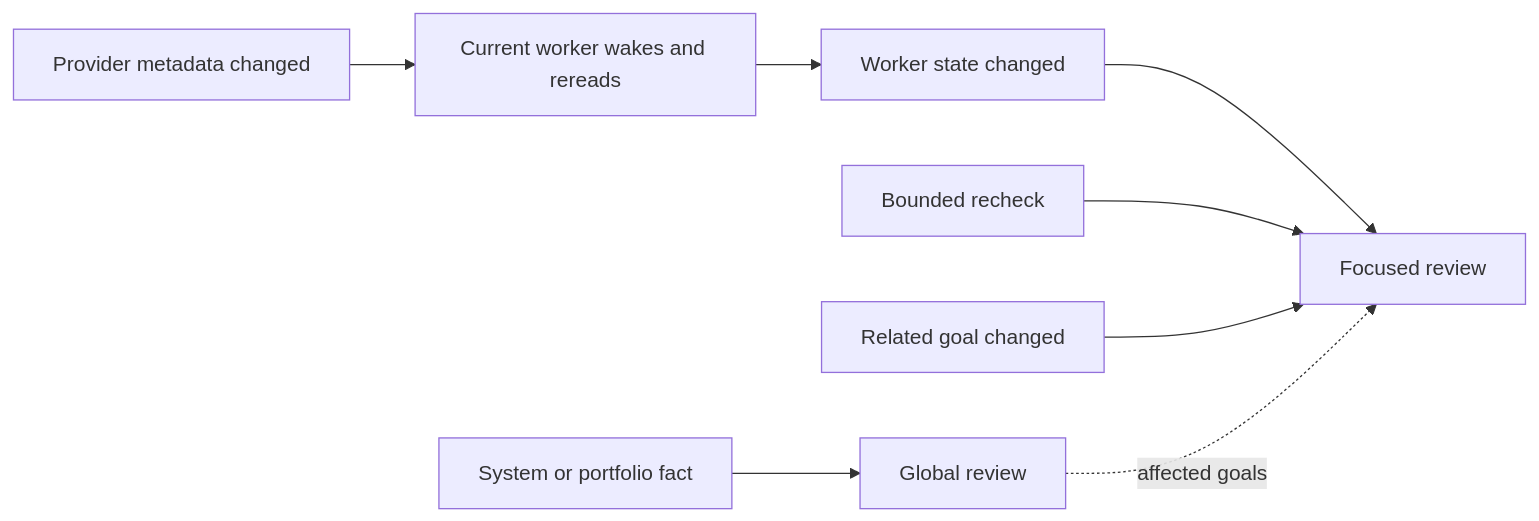
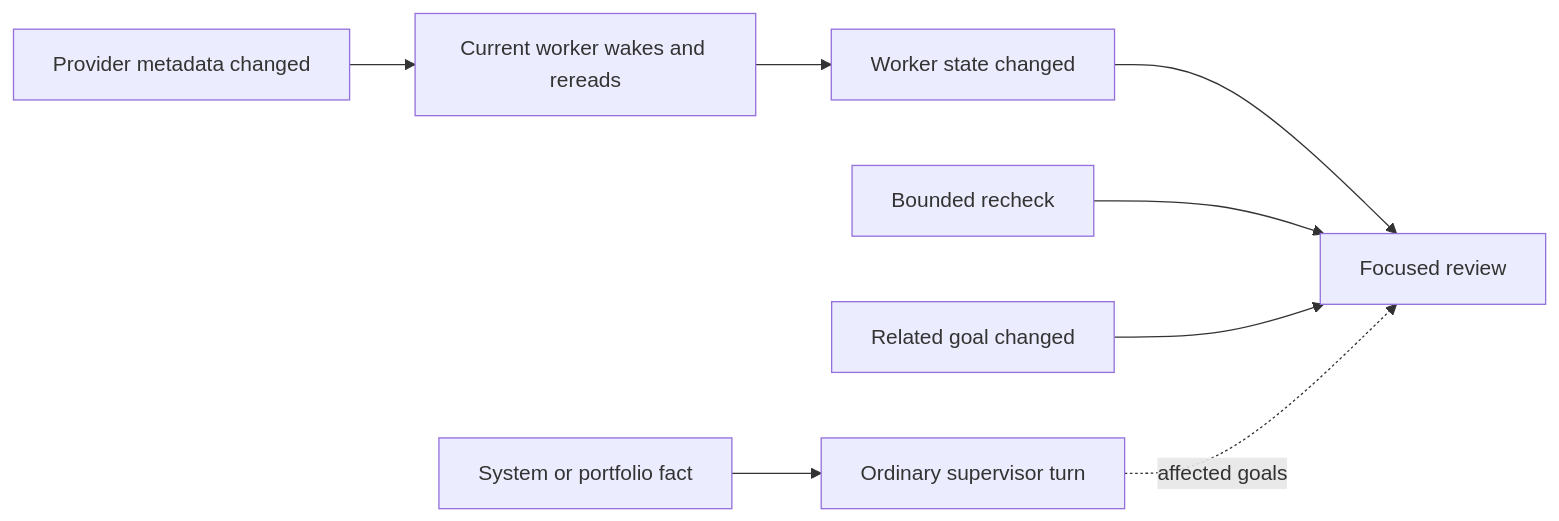
One commit to hao1939/herdr-supervisor changed the second of 4 diagrams in docs/design.md. Above: the diagram before and after it, drawn with Mermaid. The commit also changed other lines of this file and 1 other file, not shown here.

Commit message:
docs: route watcher events to ordinary supervisor turns

````diff
--- a/docs/design.md
+++ b/docs/design.md
@@ -176,10 +176,10 @@
 ```mermaid
 flowchart LR
     A[Worker state changed] --> Q[Focused review]
     B[Bounded recheck] --> Q
     C[Related goal changed] --> Q
     D[Provider metadata changed] --> W[Current worker wakes and rereads]
     W --> A
-    E[System or portfolio fact] --> G[Global review]
-    G -. affected goals .-> Q
+    E[System or portfolio fact] --> S[Ordinary supervisor turn]
+    S -. affected goals .-> Q
 ```
````
